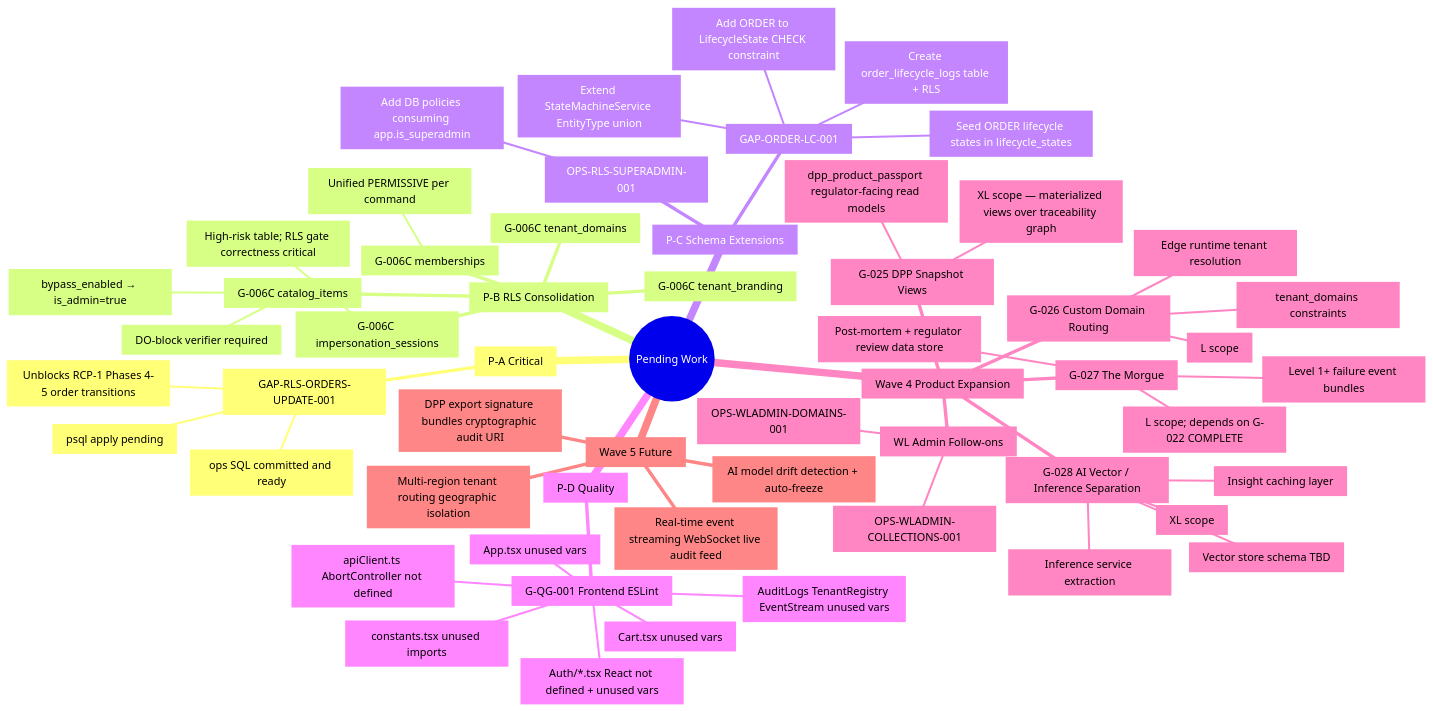
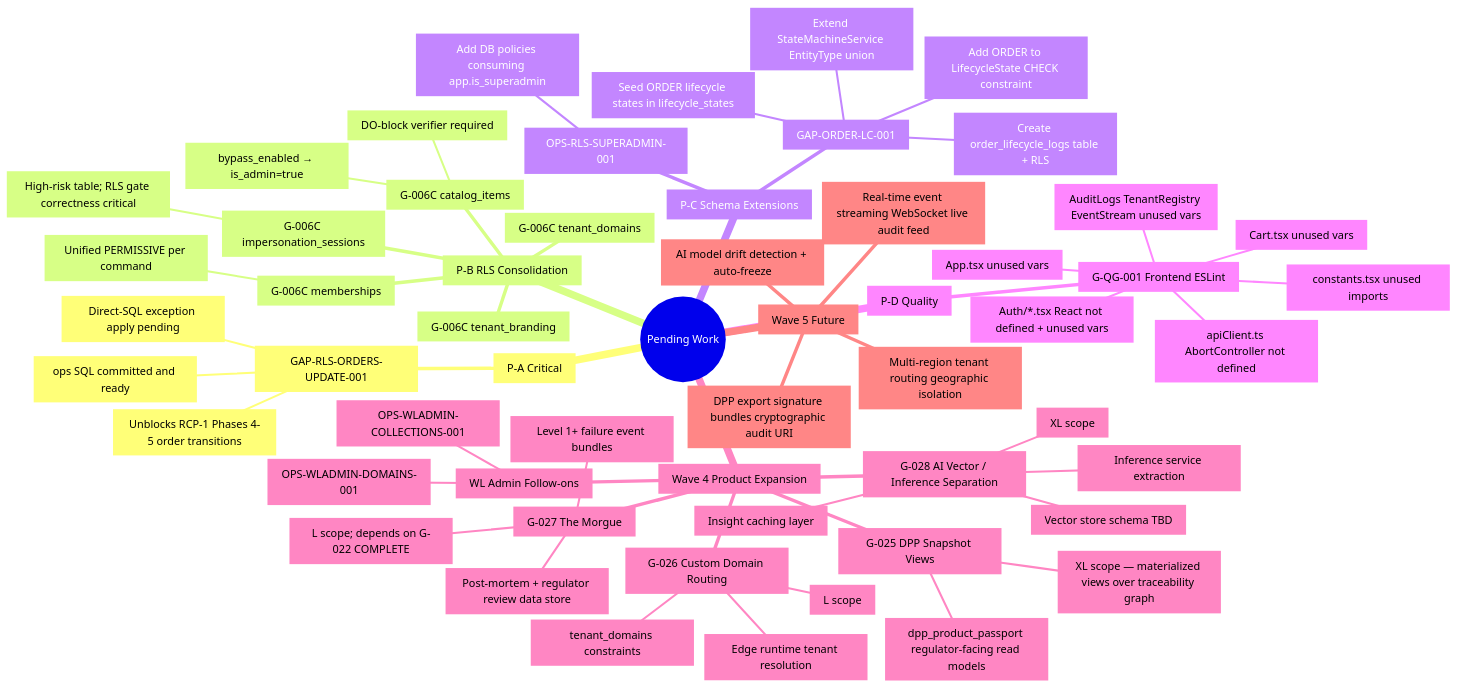
Before and after one commit to TexQtic/TexQtic: the second of 2 diagrams in docs/governance/MASTER-IMPLEMENTATION-PLAN-2026-03.md, drawn with Mermaid. The commit also changed other lines of this file and 4 other files, not shown here.

````diff
--- a/docs/governance/MASTER-IMPLEMENTATION-PLAN-2026-03.md
+++ b/docs/governance/MASTER-IMPLEMENTATION-PLAN-2026-03.md
@@ -463,60 +469,60 @@
 ```mermaid
 mindmap
   root((Pending Work))
     PriorityA[P-A Critical]
       OrdersUpdateRLS[GAP-RLS-ORDERS-UPDATE-001]
         OpsSQL[ops SQL committed and ready]
-        Apply[psql apply pending]
+        Apply[Direct-SQL exception apply pending]
         RCP1Phases45[Unblocks RCP-1 Phases 4-5 order transitions]
     PriorityB[P-B RLS Consolidation]
       CatalogItems[G-006C catalog_items]
         AdminArmFix[bypass_enabled → is_admin=true]
         DOVerifier[DO-block verifier required]
       Memberships[G-006C memberships]
         TenantArmUnify[Unified PERMISSIVE per command]
       TenantBranding[G-006C tenant_branding]
       TenantDomains[G-006C tenant_domains]
       ImpersonationSessions[G-006C impersonation_sessions]
         HighRisk[High-risk table; RLS gate correctness critical]
     PriorityC[P-C Schema Extensions]
       OrderLifecycle[GAP-ORDER-LC-001]
         CheckConstraint[Add ORDER to LifecycleState CHECK constraint]
         LogTable[Create order_lifecycle_logs table + RLS]
         SeedStates[Seed ORDER lifecycle states in lifecycle_states]
         ExtendSM[Extend StateMachineService EntityType union]
       SuperadminRLS[OPS-RLS-SUPERADMIN-001]
         GUCConsumers[Add DB policies consuming app.is_superadmin]
     PriorityD[P-D Quality]
       G_QG_001[G-QG-001 Frontend ESLint]
         AppTsx[App.tsx unused vars]
         AuthComponents[Auth/*.tsx React not defined + unused vars]
         CartComponent[Cart.tsx unused vars]
         ControlPlaneComponents[AuditLogs TenantRegistry EventStream unused vars]
         ConstantsFile[constants.tsx unused imports]
         ApiClient[apiClient.ts AbortController not defined]
     Wave4[Wave 4 Product Expansion]
       G025[G-025 DPP Snapshot Views]
         ProductPassport[dpp_product_passport regulator-facing read models]
         XLScope[XL scope — materialized views over traceability graph]
       G026[G-026 Custom Domain Routing]
         EdgeRuntime[Edge runtime tenant resolution]
         PrismaConstraints[tenant_domains constraints]
         LScope[L scope]
       G027[G-027 The Morgue]
         Level1Bundles[Level 1+ failure event bundles]
         PostMortem[Post-mortem + regulator review data store]
         LScope[L scope; depends on G-022 COMPLETE]
       G028[G-028 AI Vector / Inference Separation]
         InsightCaching[Insight caching layer]
         VectorStore[Vector store schema TBD]
         InferenceSplit[Inference service extraction]
         XLScope[XL scope]
       WLFollowOns[WL Admin Follow-ons]
         Collections[OPS-WLADMIN-COLLECTIONS-001]
         Domains[OPS-WLADMIN-DOMAINS-001]
     Wave5Future[Wave 5 Future]
       MultiRegion[Multi-region tenant routing geographic isolation]
       WebSocket[Real-time event streaming WebSocket live audit feed]
       ModelDrift[AI model drift detection + auto-freeze]
       DPPExport[DPP export signature bundles cryptographic audit URI]
 ```
````
